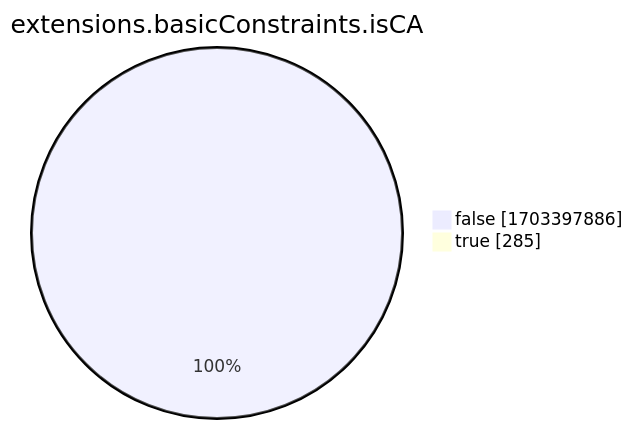
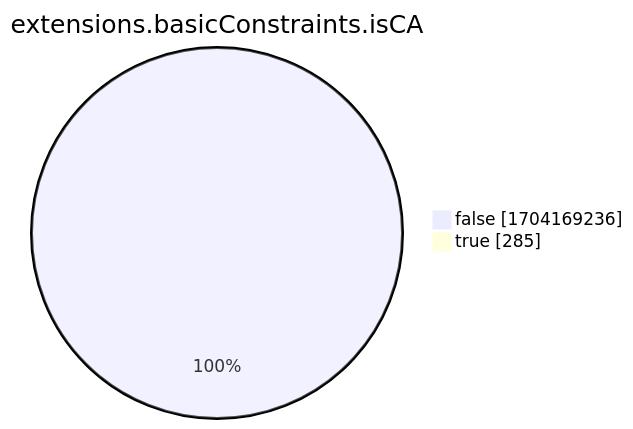
Before and after one commit to christiankrug/ctmonitor_visualization: the eighth of 15 diagrams in xenon2022/README.md, drawn with Mermaid. The commit also changed other lines of this file, not shown here.

````diff
--- a/xenon2022/README.md
+++ b/xenon2022/README.md
@@ -2865,6 +2865,6 @@
 ```mermaid
 pie showData
 title extensions.basicConstraints.isCA
-"false" :1703397886
+"false" :1704169236
 "true" :285
 ```
````
